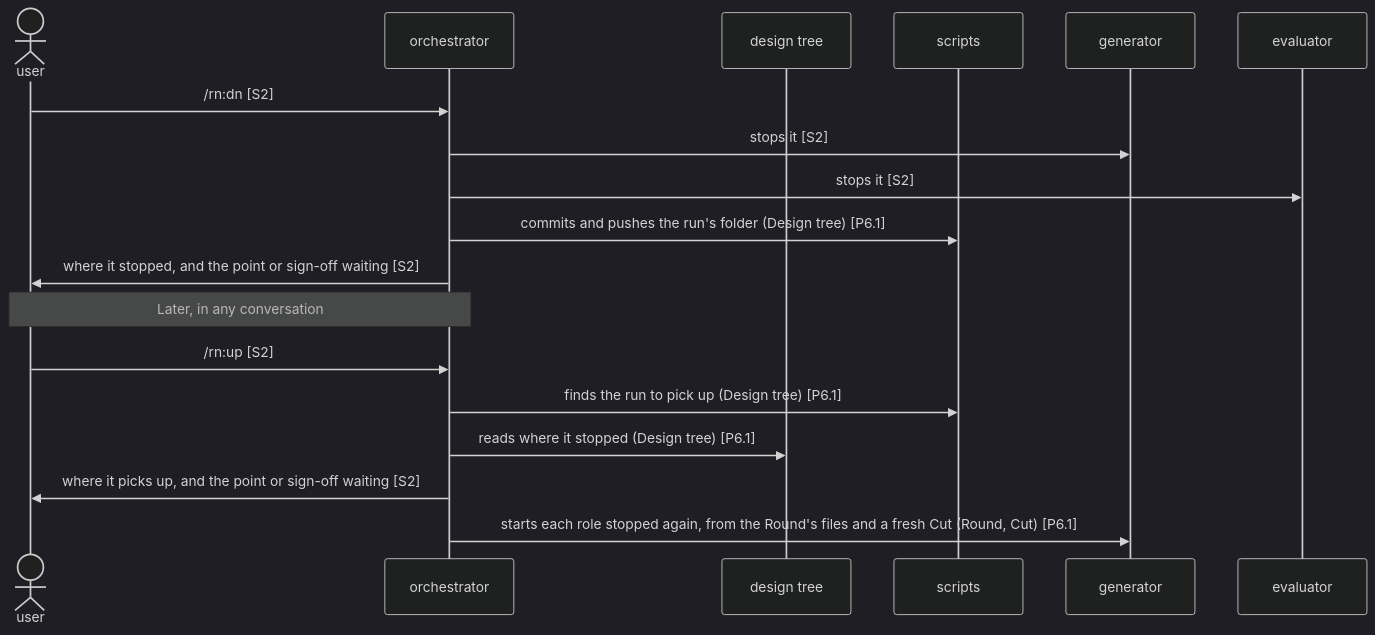
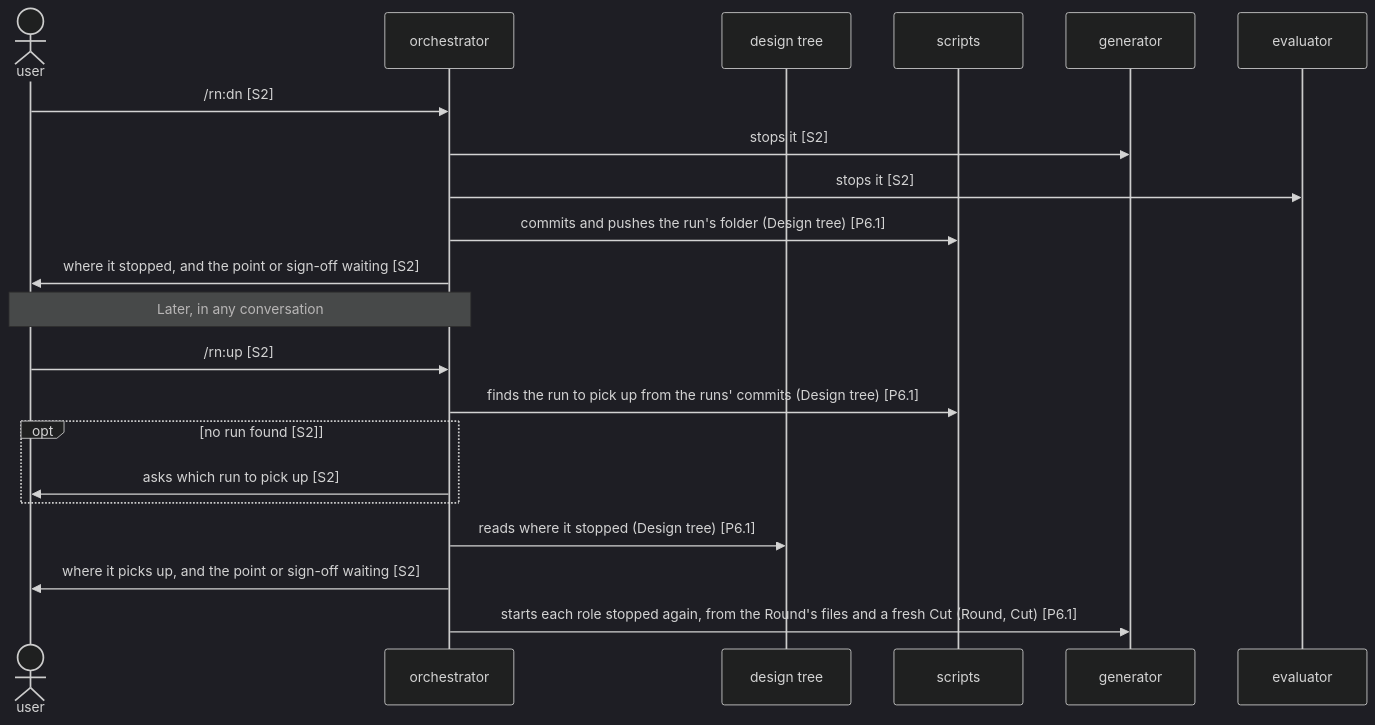
The second of 2 diagrams in dev/rn/architecture.md (lovaizu/ccpm), drawn with Mermaid (dark theme) before and after one commit. The commit also changed other lines of this file and 7 other files, not shown here.

````diff
--- a/dev/rn/architecture.md
+++ b/dev/rn/architecture.md
@@ -172,20 +186,23 @@
 ```mermaid
 sequenceDiagram
   actor U as user
   participant O as orchestrator
   participant T as design tree
   participant S as scripts
   participant G as generator
   participant E as evaluator
   U->>O: /rn:dn [S2]
   O->>G: stops it [S2]
   O->>E: stops it [S2]
   O->>S: commits and pushes the run's folder (Design tree) [P6.1]
   O->>U: where it stopped, and the point or sign-off waiting [S2]
   Note over U,O: Later, in any conversation
   U->>O: /rn:up [S2]
-  O->>S: finds the run to pick up (Design tree) [P6.1]
+  O->>S: finds the run to pick up from the runs' commits (Design tree) [P6.1]
+  opt no run found [S2]
+    O->>U: asks which run to pick up [S2]
+  end
   O->>T: reads where it stopped (Design tree) [P6.1]
   O->>U: where it picks up, and the point or sign-off waiting [S2]
   O->>G: starts each role stopped again, from the Round's files and a fresh Cut (Round, Cut) [P6.1]
 ```
````
